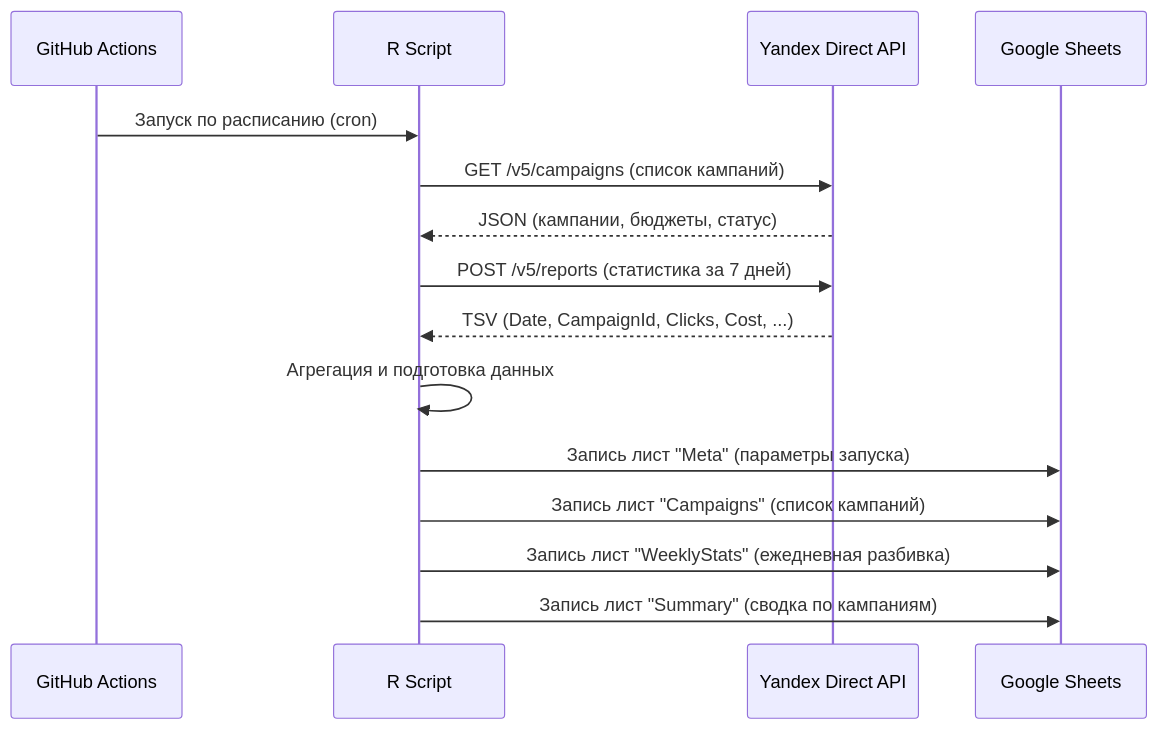
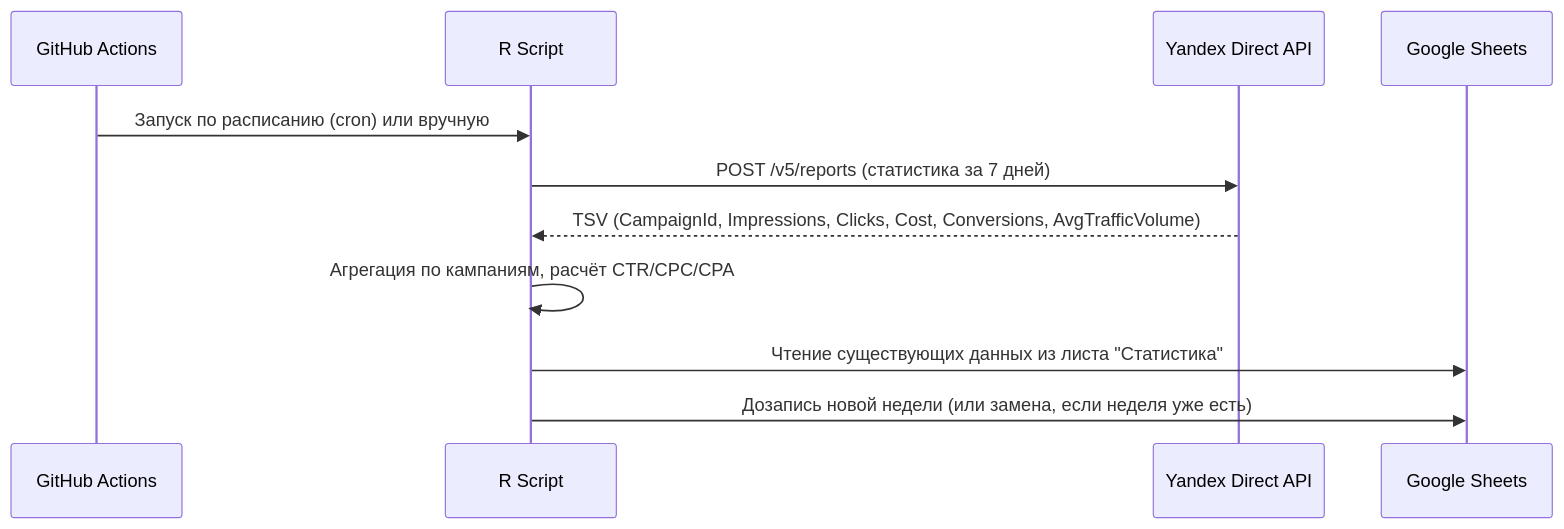
One commit to dnenashev/ryandexdirect changed the third of 3 diagrams in docs/project-overview.md. Above: the diagram before and after it, drawn with Mermaid. The commit also changed other lines of this file and 5 other files, not shown here.

````diff
--- a/docs/project-overview.md
+++ b/docs/project-overview.md
@@ -75,18 +67,14 @@
 ```mermaid
 sequenceDiagram
   participant GHA as GitHub Actions
   participant Script as R Script
   participant YD as Yandex Direct API
   participant GS as Google Sheets
 
-  GHA->>Script: Запуск по расписанию (cron)
-  Script->>YD: GET /v5/campaigns (список кампаний)
-  YD-->>Script: JSON (кампании, бюджеты, статус)
+  GHA->>Script: Запуск по расписанию (cron) или вручную
   Script->>YD: POST /v5/reports (статистика за 7 дней)
-  YD-->>Script: TSV (Date, CampaignId, Clicks, Cost, ...)
-  Script->>Script: Агрегация и подготовка данных
-  Script->>GS: Запись лист "Meta" (параметры запуска)
-  Script->>GS: Запись лист "Campaigns" (список кампаний)
-  Script->>GS: Запись лист "WeeklyStats" (ежедневная разбивка)
-  Script->>GS: Запись лист "Summary" (сводка по кампаниям)
+  YD-->>Script: TSV (CampaignId, Impressions, Clicks, Cost, Conversions, AvgTrafficVolume)
+  Script->>Script: Агрегация по кампаниям, расчёт CTR/CPC/CPA
+  Script->>GS: Чтение существующих данных из листа "Статистика"
+  Script->>GS: Дозапись новой недели (или замена, если неделя уже есть)
 ```
````
